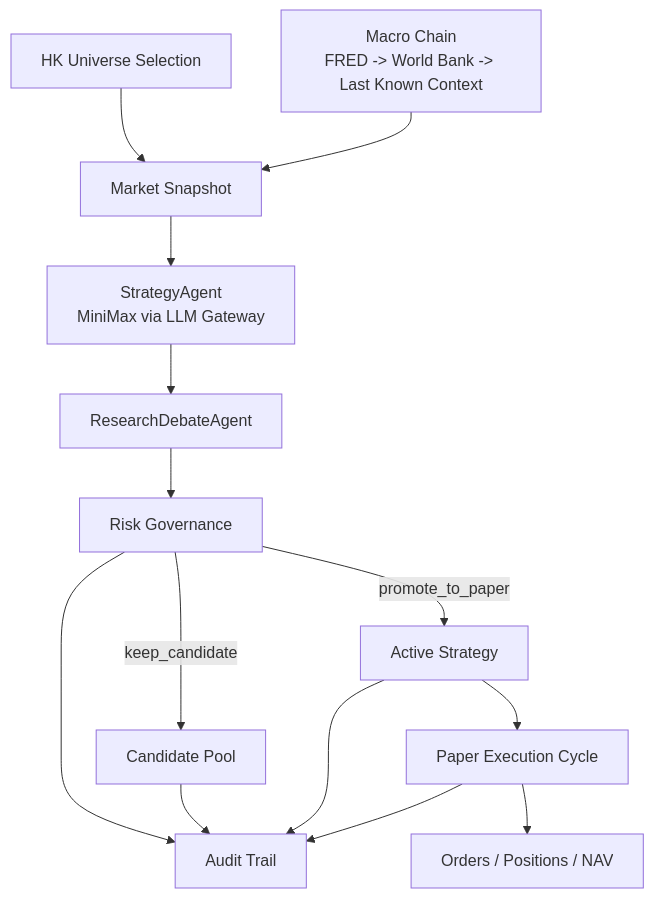
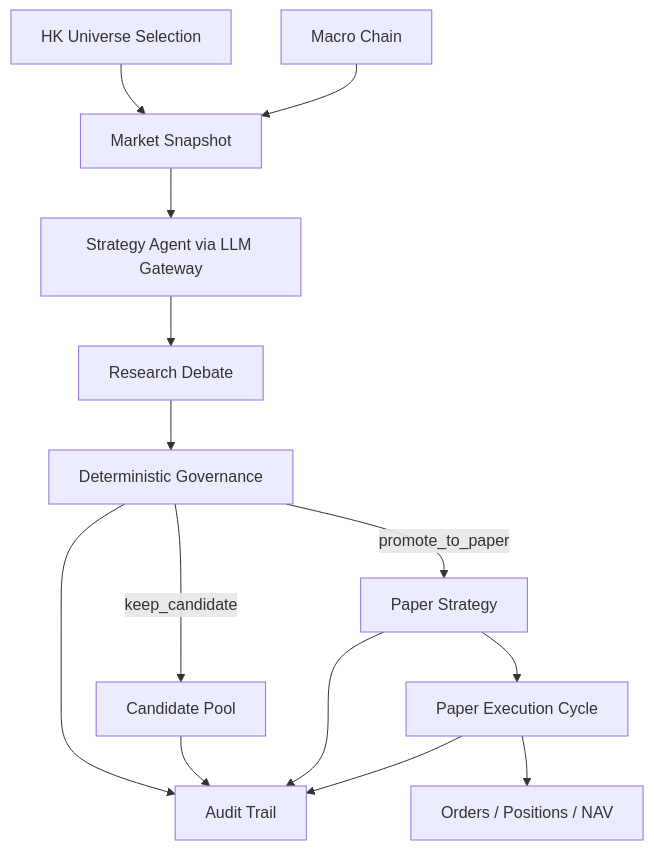
Before and after one commit to nullwuwu/openhamster: the diagram in README.md, drawn with Mermaid. The commit also changed other lines of this file and 190 other files, not shown here.

````diff
--- a/README.md
+++ b/README.md
@@ -97,16 +58,16 @@
 ```mermaid
 flowchart TD
     A["HK Universe Selection"] --> B["Market Snapshot"]
-    M["Macro Chain\nFRED -> World Bank -> Last Known Context"] --> B
-    B --> C["StrategyAgent\nMiniMax via LLM Gateway"]
-    C --> D["ResearchDebateAgent"]
-    D --> E["Risk Governance"]
+    M["Macro Chain"] --> B
+    B --> C["Strategy Agent via LLM Gateway"]
+    C --> D["Research Debate"]
+    D --> E["Deterministic Governance"]
     E -->|"keep_candidate"| F["Candidate Pool"]
-    E -->|"promote_to_paper"| G["Active Strategy"]
+    E -->|"promote_to_paper"| G["Paper Strategy"]
     G --> H["Paper Execution Cycle"]
     H --> I["Orders / Positions / NAV"]
     E --> J["Audit Trail"]
     F --> J
     G --> J
     H --> J
 ```
````
